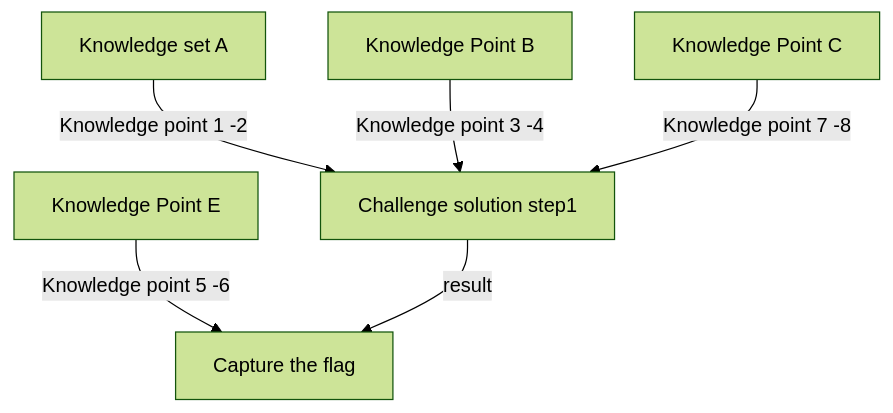
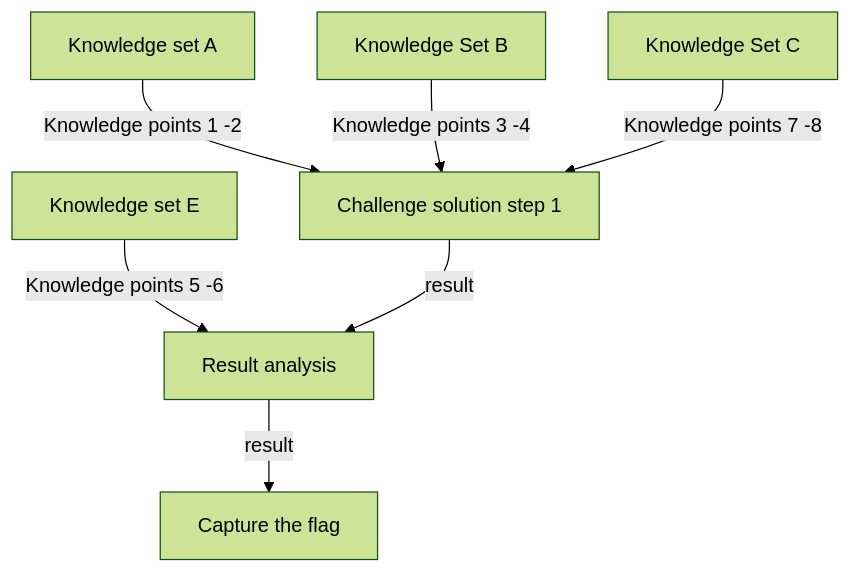
The first of 2 diagrams in README.md (LiuYuancheng/ChatGPT_on_CTF), drawn with Mermaid (forest theme) before and after one commit. The commit also changed other lines of this file and 1 other file, not shown here.

````diff
--- a/README.md
+++ b/README.md
@@ -93,9 +113,10 @@
 ```mermaid
 flowchart TD
-    A[Knowledge set A] --> |Knowledge point 1 -2| D 
-    B[Knowledge Point B] --> |Knowledge point 3 -4| D
-    C[Knowledge Point C] --> |Knowledge point 7 -8| D
-    E[Knowledge Point E] --> |Knowledge point 5 -6| F
-    D[Challenge solution step1] -->|result| F
-    F[Capture the flag]
+    A[Knowledge set A] --> |Knowledge points 1 -2| D 
+    B[Knowledge Set B] --> |Knowledge points 3 -4| D
+    C[Knowledge Set C] --> |Knowledge points 7 -8| D
+    E[Knowledge set E] --> |Knowledge points 5 -6| F
+    D[Challenge solution step 1] -->|result| F
+    F[Result analysis]-->|result| G
+    G[Capture the flag]
 ```
````
